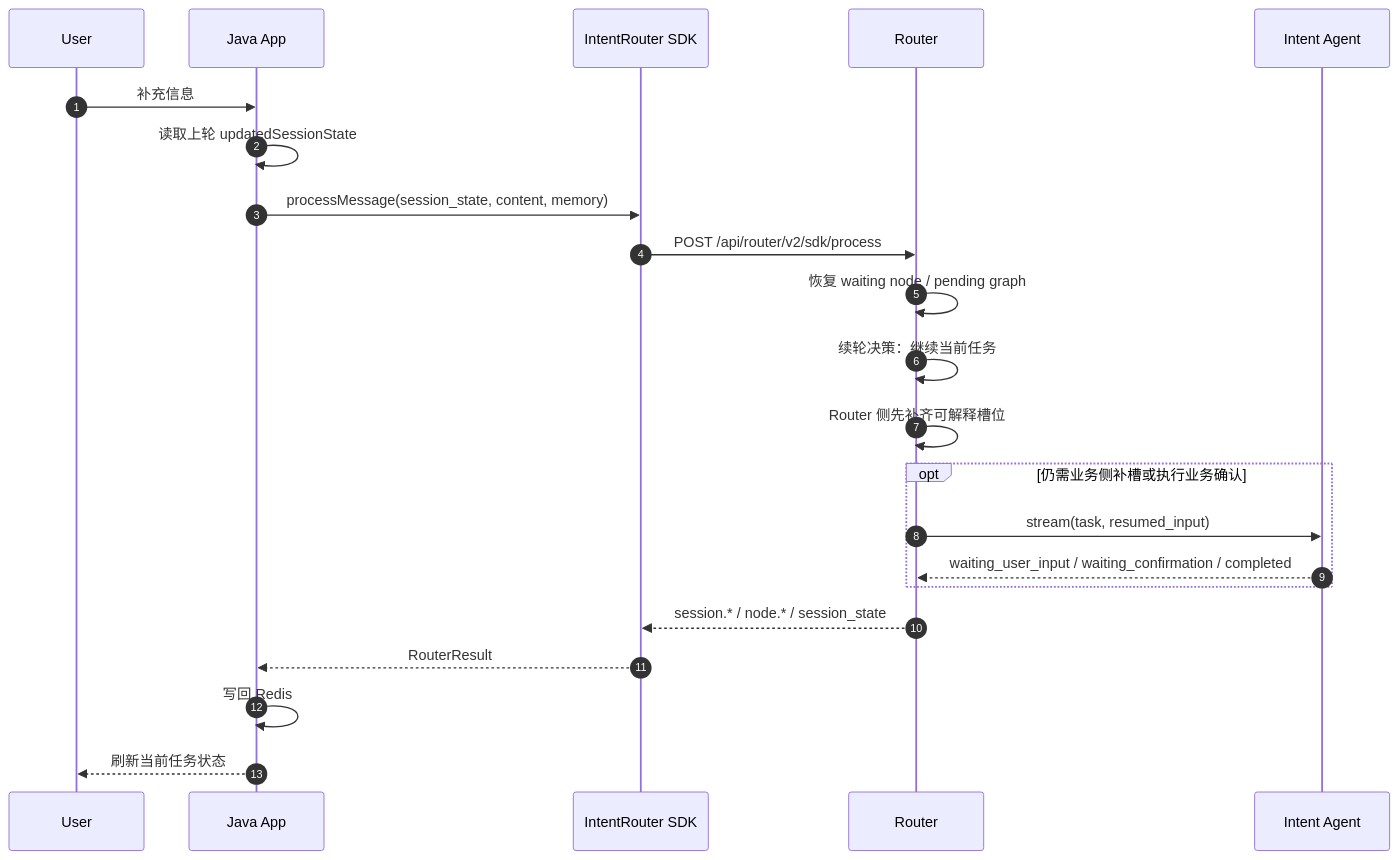
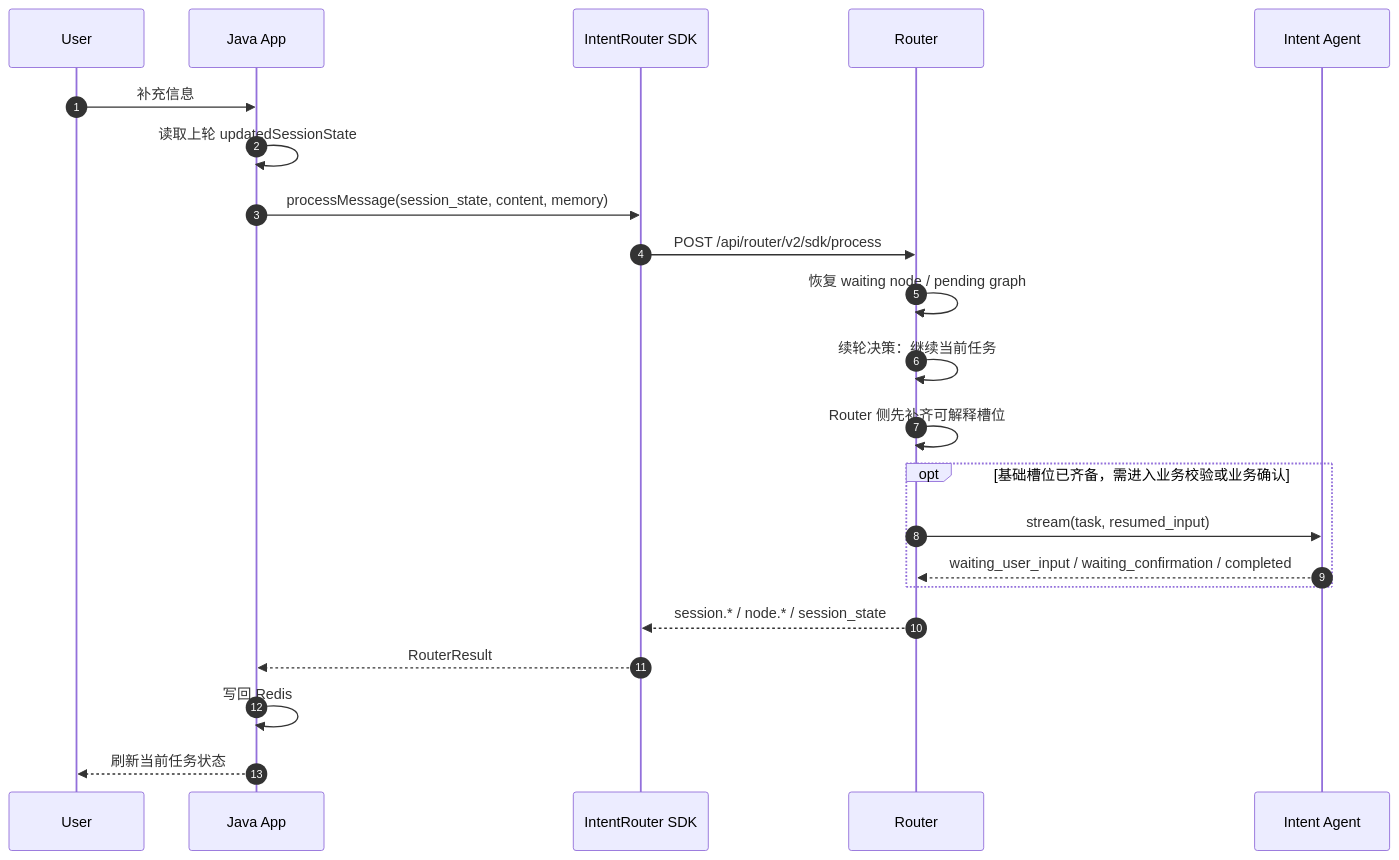
One commit to corelli359/intent-router changed the second of 4 diagrams in docs/intent-router-java-sdk调用时序设计.md. Above: the diagram before and after it, drawn with Mermaid. The commit also changed other lines of this file and 3 other files, not shown here.

````diff
--- a/docs/intent-router-java-sdk调用时序设计.md
+++ b/docs/intent-router-java-sdk调用时序设计.md
@@ -117,25 +121,25 @@
 ```mermaid
 sequenceDiagram
     autonumber
     participant U as User
     participant J as Java App
     participant S as IntentRouter SDK
     participant R as Router
     participant A as Intent Agent
 
     U->>J: 补充信息
     J->>J: 读取上轮 updatedSessionState
     J->>S: processMessage(session_state, content, memory)
     S->>R: POST /api/router/v2/sdk/process
     R->>R: 恢复 waiting node / pending graph
     R->>R: 续轮决策：继续当前任务
     R->>R: Router 侧先补齐可解释槽位
-    opt 仍需业务侧补槽或执行业务确认
+    opt 基础槽位已齐备，需进入业务校验或业务确认
         R->>A: stream(task, resumed_input)
         A-->>R: waiting_user_input / waiting_confirmation / completed
     end
     R-->>S: session.* / node.* / session_state
     S-->>J: RouterResult
     J->>J: 写回 Redis
     J-->>U: 刷新当前任务状态
 ```
````
